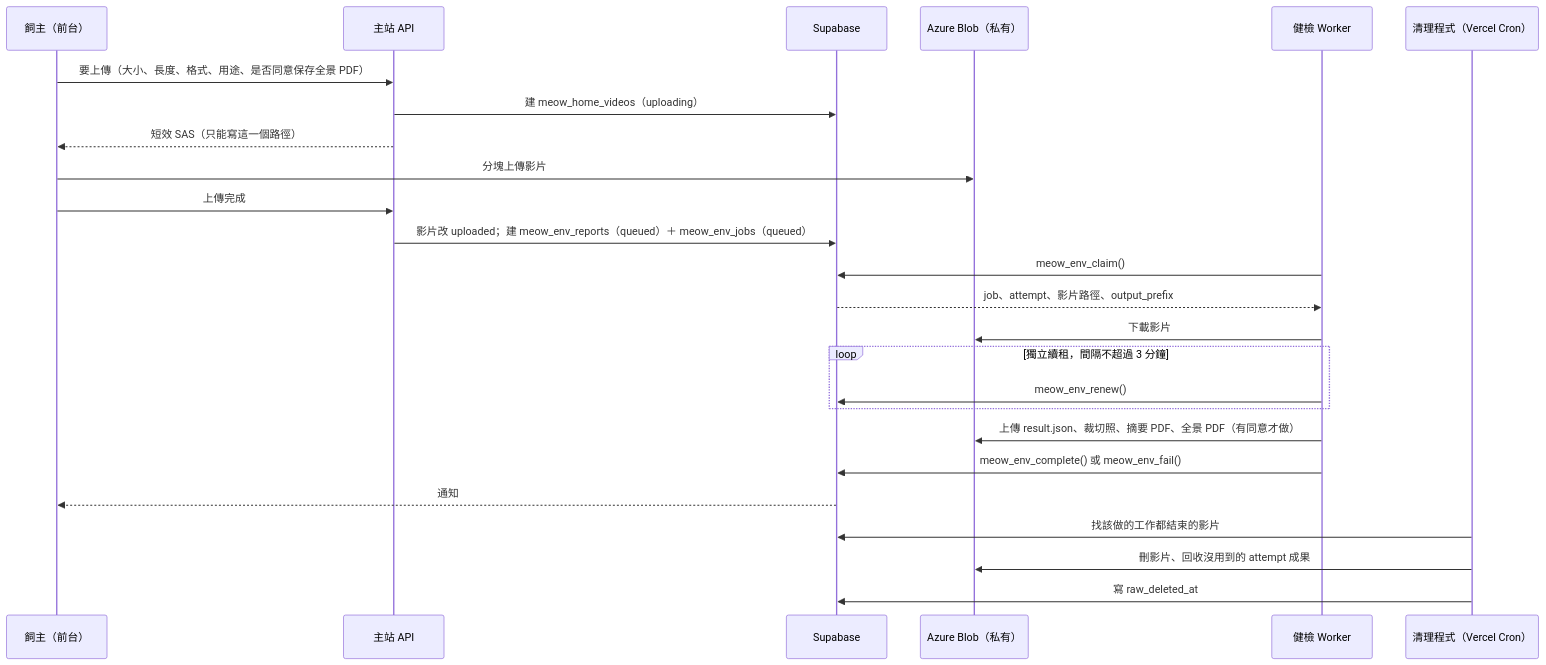
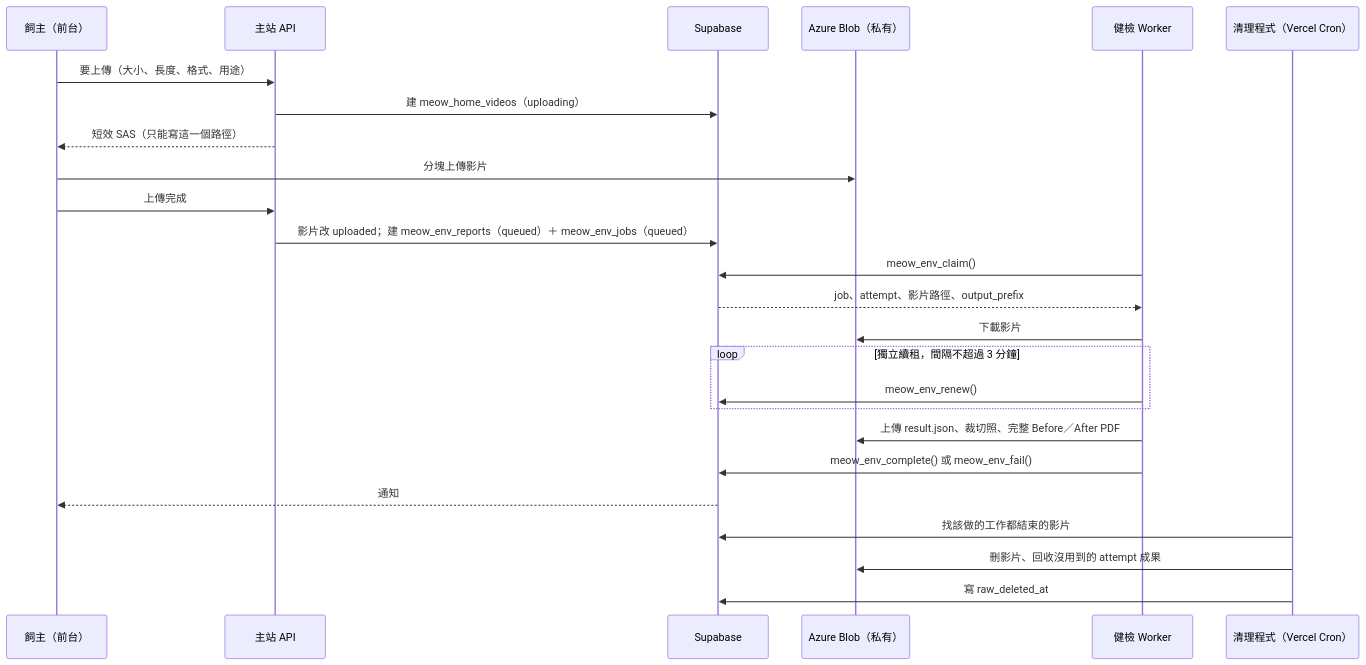
The diagram in docs/spec/10_居家環境健檢Worker契約.md (GAE265-Meowho/Meowho), drawn with Mermaid before and after one commit. The commit also changed other lines of this file, not shown here.

Commit message:
docs(#250): simplify WelfareLens demo to one PDF and JSON

````diff
--- a/docs/spec/10_居家環境健檢Worker契約.md
+++ b/docs/spec/10_居家環境健檢Worker契約.md
@@ -16,28 +16,28 @@
 ```mermaid
 sequenceDiagram
   participant U as 飼主（前台）
   participant A as 主站 API
   participant DB as Supabase
   participant B as Azure Blob（私有）
   participant W as 健檢 Worker
   participant C as 清理程式（Vercel Cron）
 
-  U->>A: 要上傳（大小、長度、格式、用途、是否同意保存全景 PDF）
+  U->>A: 要上傳（大小、長度、格式、用途）
   A->>DB: 建 meow_home_videos（uploading）
   A-->>U: 短效 SAS（只能寫這一個路徑）
   U->>B: 分塊上傳影片
   U->>A: 上傳完成
   A->>DB: 影片改 uploaded；建 meow_env_reports（queued）＋ meow_env_jobs（queued）
   W->>DB: meow_env_claim()
   DB-->>W: job、attempt、影片路徑、output_prefix
   W->>B: 下載影片
   loop 獨立續租，間隔不超過 3 分鐘
     W->>DB: meow_env_renew()
   end
-  W->>B: 上傳 result.json、裁切照、摘要 PDF、全景 PDF（有同意才做）
+  W->>B: 上傳 result.json、裁切照、完整 Before／After PDF
   W->>DB: meow_env_complete() 或 meow_env_fail()
   DB-->>U: 通知
   C->>DB: 找該做的工作都結束的影片
   C->>B: 刪影片、回收沒用到的 attempt 成果
   C->>DB: 寫 raw_deleted_at
 ```
````
